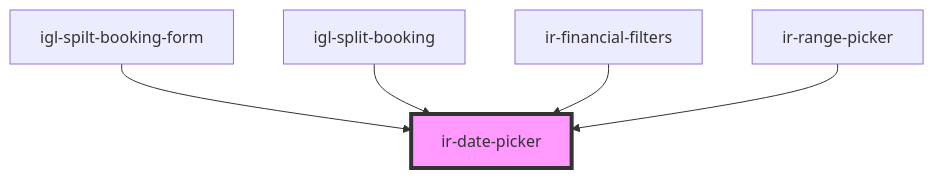
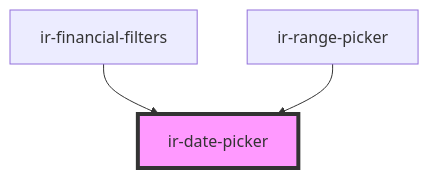
One commit to RonyRizk/ir-webcmp changed the diagram in src/components/ui/ir-date-picker/readme.md. Above: the diagram before and after it, drawn with Mermaid. The commit also changed other lines of this file and 857 other files, not shown here.

````diff
--- a/src/components/ui/ir-date-picker/readme.md
+++ b/src/components/ui/ir-date-picker/readme.md
@@ -73,8 +71,6 @@
 ```mermaid
 graph TD;
-  igl-spilt-booking-form --> ir-date-picker
-  igl-split-booking --> ir-date-picker
   ir-financial-filters --> ir-date-picker
   ir-range-picker --> ir-date-picker
   style ir-date-picker fill:#f9f,stroke:#333,stroke-width:4px
 ```
````
